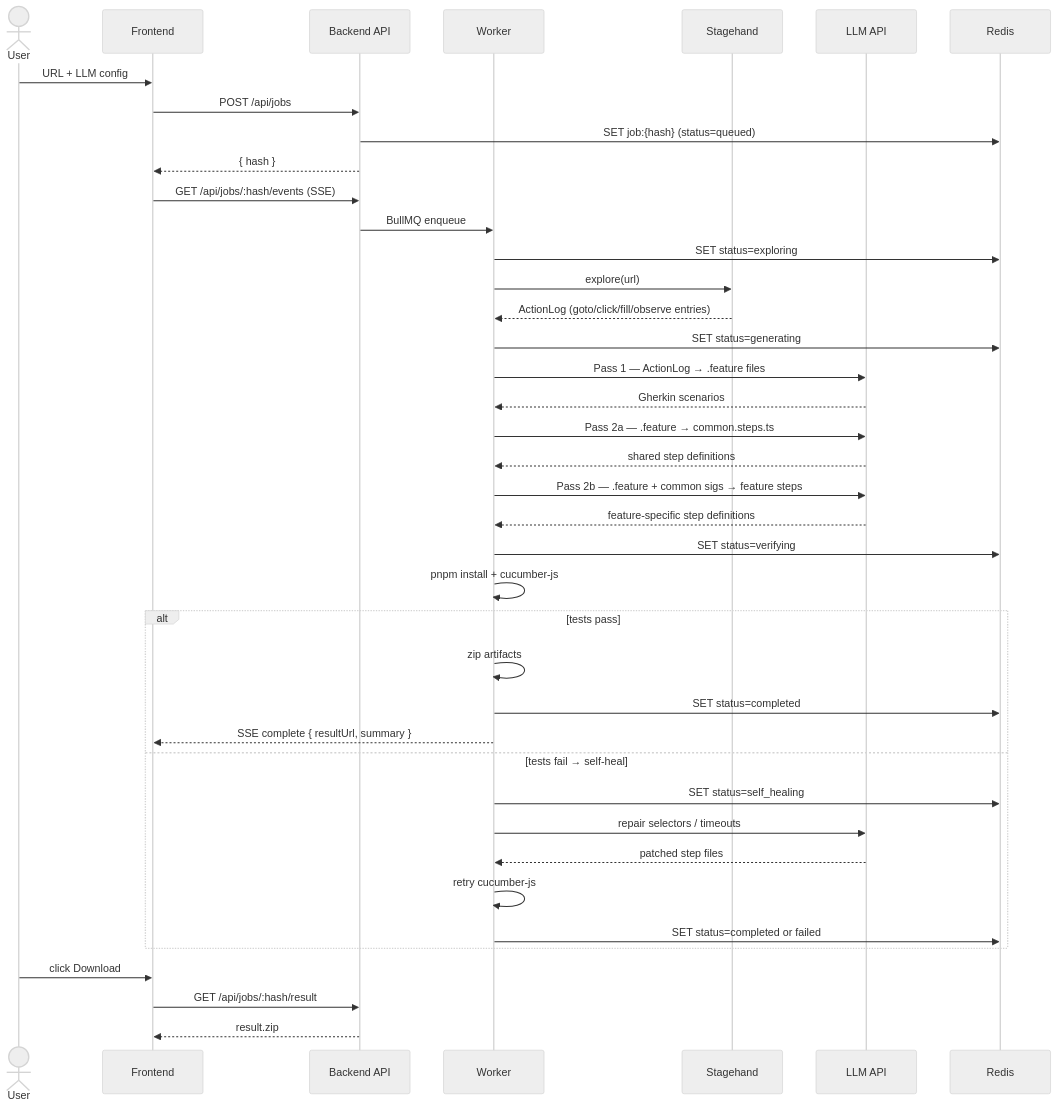
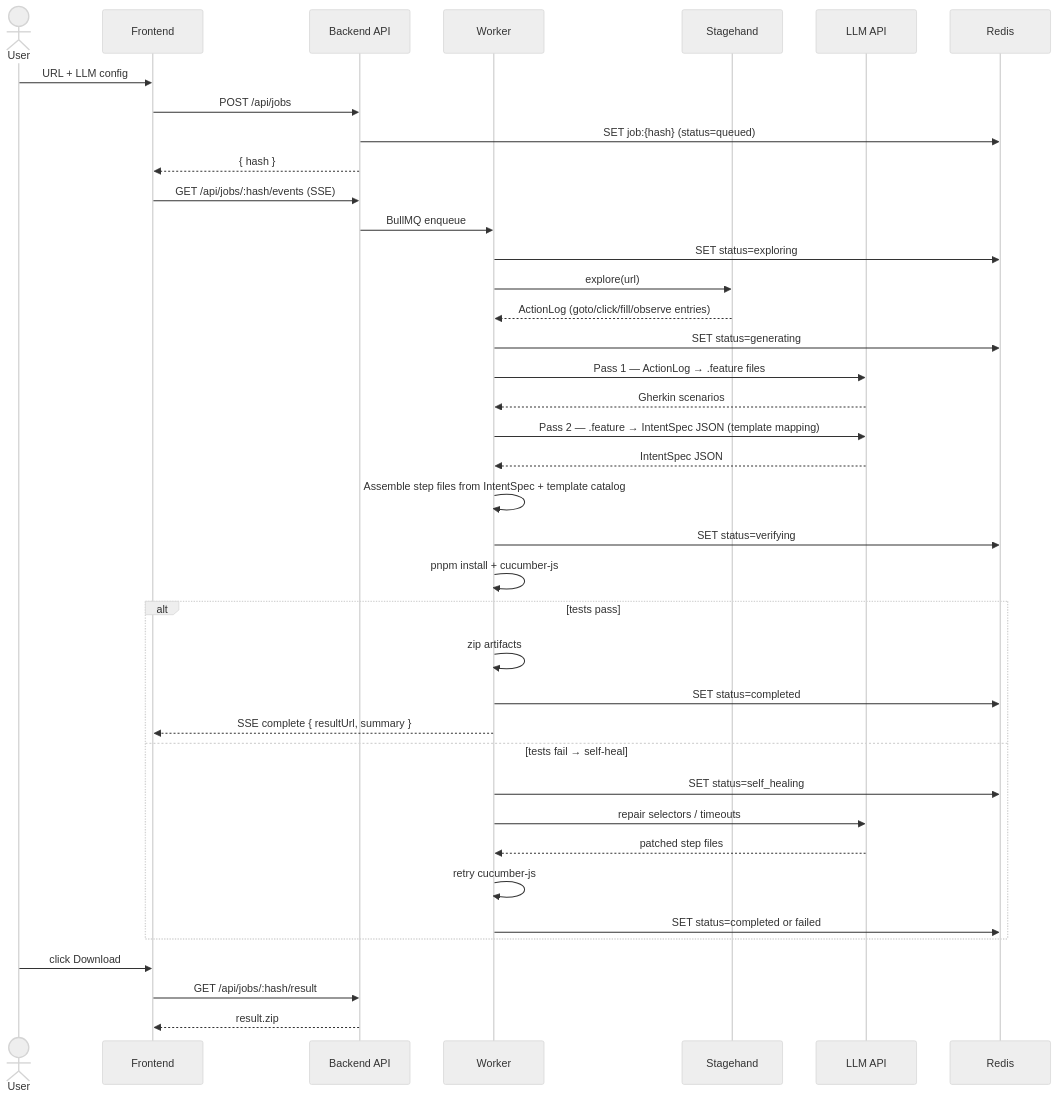
Before and after one commit to iskWang/PickleScout: the third of 6 diagrams in README.md, drawn with Mermaid (neutral theme). The commit also changed 2 other files, not shown here.

Commit message:
fix: prefill demo URL; sync README + TEST-PLAN to IntentSpec pipeline

````diff
--- a/README.md
+++ b/README.md
@@ -91,47 +91,46 @@
 ```mermaid
 sequenceDiagram
     actor U as User
     participant F as Frontend
     participant B as Backend API
     participant W as Worker
     participant S as Stagehand
     participant L as LLM API
     participant R as Redis
 
     U->>F: URL + LLM config
     F->>B: POST /api/jobs
     B->>R: SET job:{hash} (status=queued)
     B-->>F: { hash }
     F->>B: GET /api/jobs/:hash/events (SSE)
 
     B->>W: BullMQ enqueue
     W->>R: SET status=exploring
     W->>S: explore(url)
     S-->>W: ActionLog (goto/click/fill/observe entries)
 
     W->>R: SET status=generating
     W->>L: Pass 1 — ActionLog → .feature files
     L-->>W: Gherkin scenarios
-    W->>L: Pass 2a — .feature → common.steps.ts
-    L-->>W: shared step definitions
-    W->>L: Pass 2b — .feature + common sigs → feature steps
-    L-->>W: feature-specific step definitions
+    W->>L: Pass 2 — .feature → IntentSpec JSON (template mapping)
+    L-->>W: IntentSpec JSON
+    W->>W: Assemble step files from IntentSpec + template catalog
 
     W->>R: SET status=verifying
     W->>W: pnpm install + cucumber-js
     alt tests pass
         W->>W: zip artifacts
         W->>R: SET status=completed
         W-->>F: SSE complete { resultUrl, summary }
     else tests fail → self-heal
         W->>R: SET status=self_healing
         W->>L: repair selectors / timeouts
         L-->>W: patched step files
         W->>W: retry cucumber-js
         W->>R: SET status=completed or failed
     end
 
     U->>F: click Download
     F->>B: GET /api/jobs/:hash/result
     B-->>F: result.zip
 ```
````
